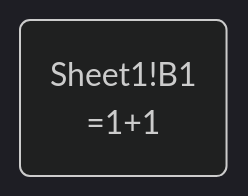
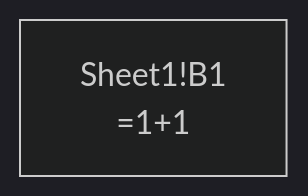
Before and after one commit to Teal-Insights/excel-grapher: the first of 8 diagrams in examples/micro-workbook/example-cases.md, drawn with Mermaid (dark theme). The commit also changed other lines of this file and 1 other file, not shown here.

````diff
--- a/examples/micro-workbook/example-cases.md
+++ b/examples/micro-workbook/example-cases.md
@@ -87,4 +73,4 @@
 ``` mermaid
 flowchart TD
-  Sheet1_B1("Sheet1!B1<br>=1+1")
+  Sheet1_B1["Sheet1!B1<br>=1+1"]
 ```
````
